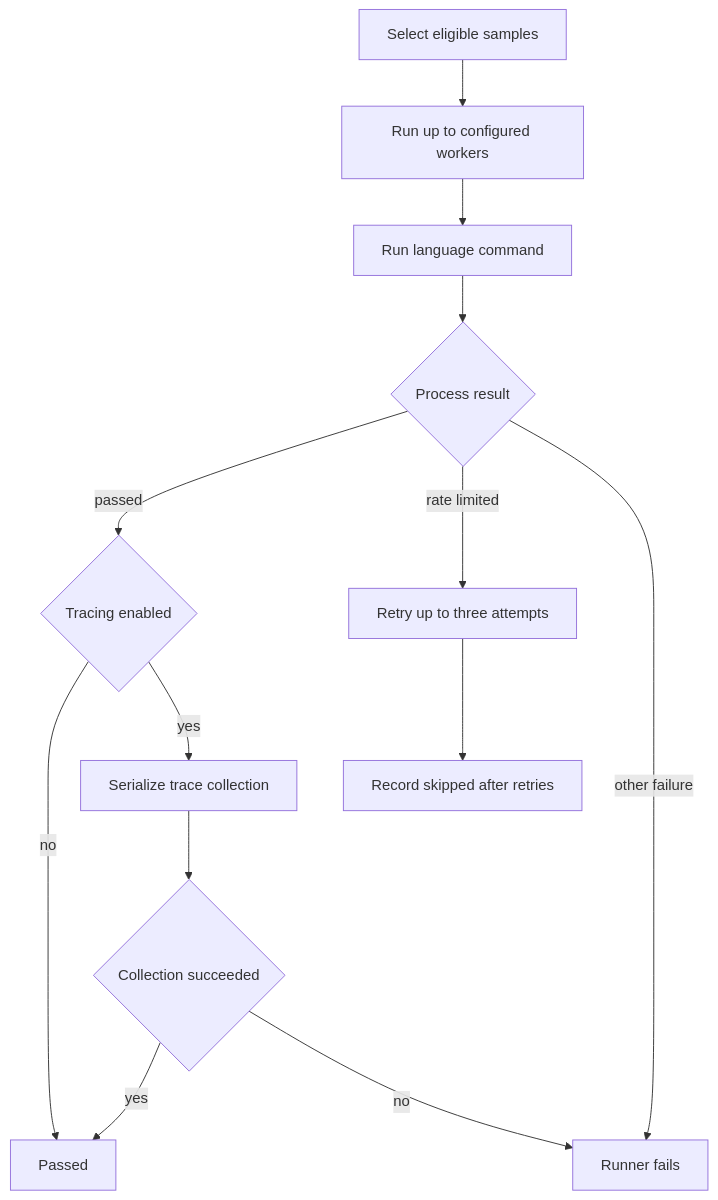
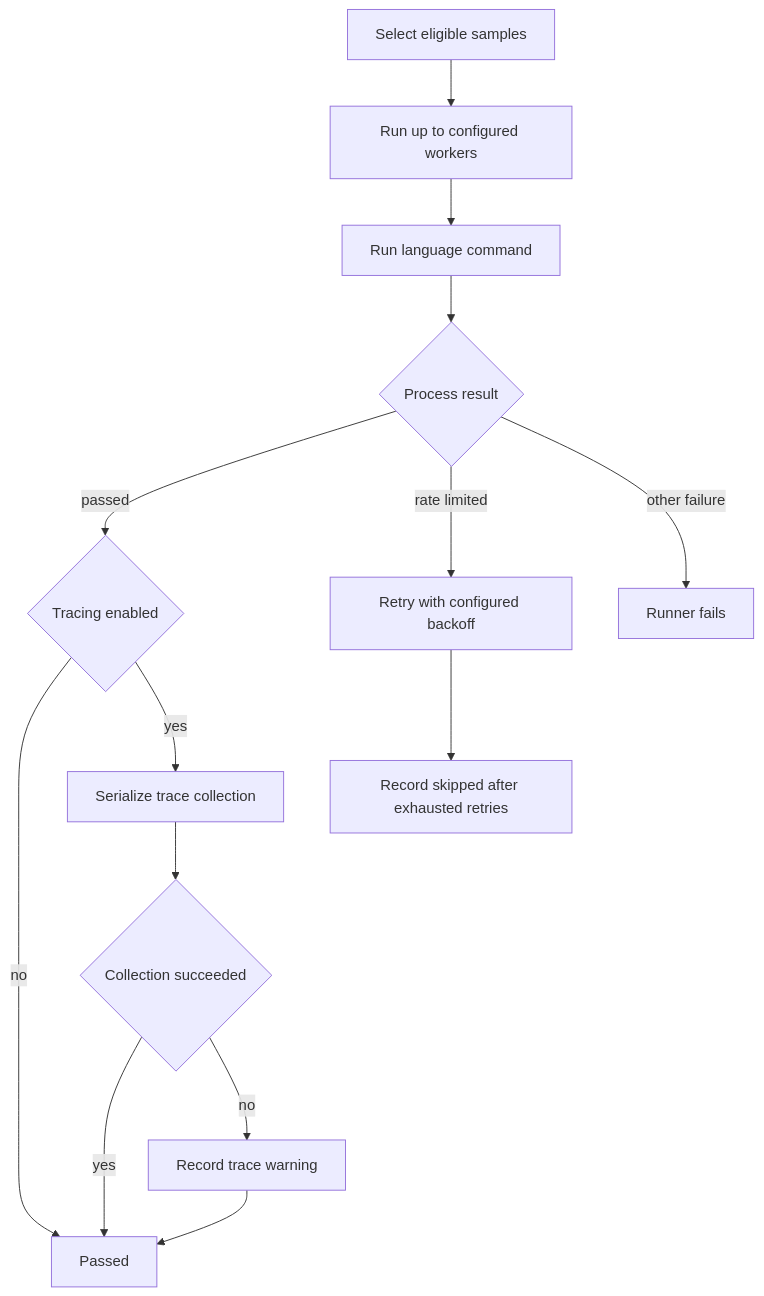
One commit to langchain-ai/docs changed the fourth of 4 diagrams in openwiki/testing/test-overview.md. Above: the diagram before and after it, drawn with Mermaid. The commit also changed other lines of this file and 26 other files, not shown here.

````diff
--- a/openwiki/testing/test-overview.md
+++ b/openwiki/testing/test-overview.md
@@ -144,15 +144,16 @@
 ```mermaid
 flowchart TD
   Select["Select eligible samples"] --> Workers["Run up to configured workers"]
   Workers --> Run["Run language command"]
   Run --> Result{"Process result"}
   Result -->|"passed"| Trace{"Tracing enabled"}
   Trace -->|"no"| Pass["Passed"]
   Trace -->|"yes"| Collect["Serialize trace collection"]
   Collect --> TraceResult{"Collection succeeded"}
   TraceResult -->|"yes"| Pass
-  TraceResult -->|"no"| Fail["Runner fails"]
-  Result -->|"rate limited"| Retry["Retry up to three attempts"]
-  Retry --> Skip["Record skipped after retries"]
-  Result -->|"other failure"| Fail
+  TraceResult -->|"no"| Warn["Record trace warning"]
+  Warn --> Pass
+  Result -->|"rate limited"| Retry["Retry with configured backoff"]
+  Retry --> Skip["Record skipped after exhausted retries"]
+  Result -->|"other failure"| Fail["Runner fails"]
 ```
````
